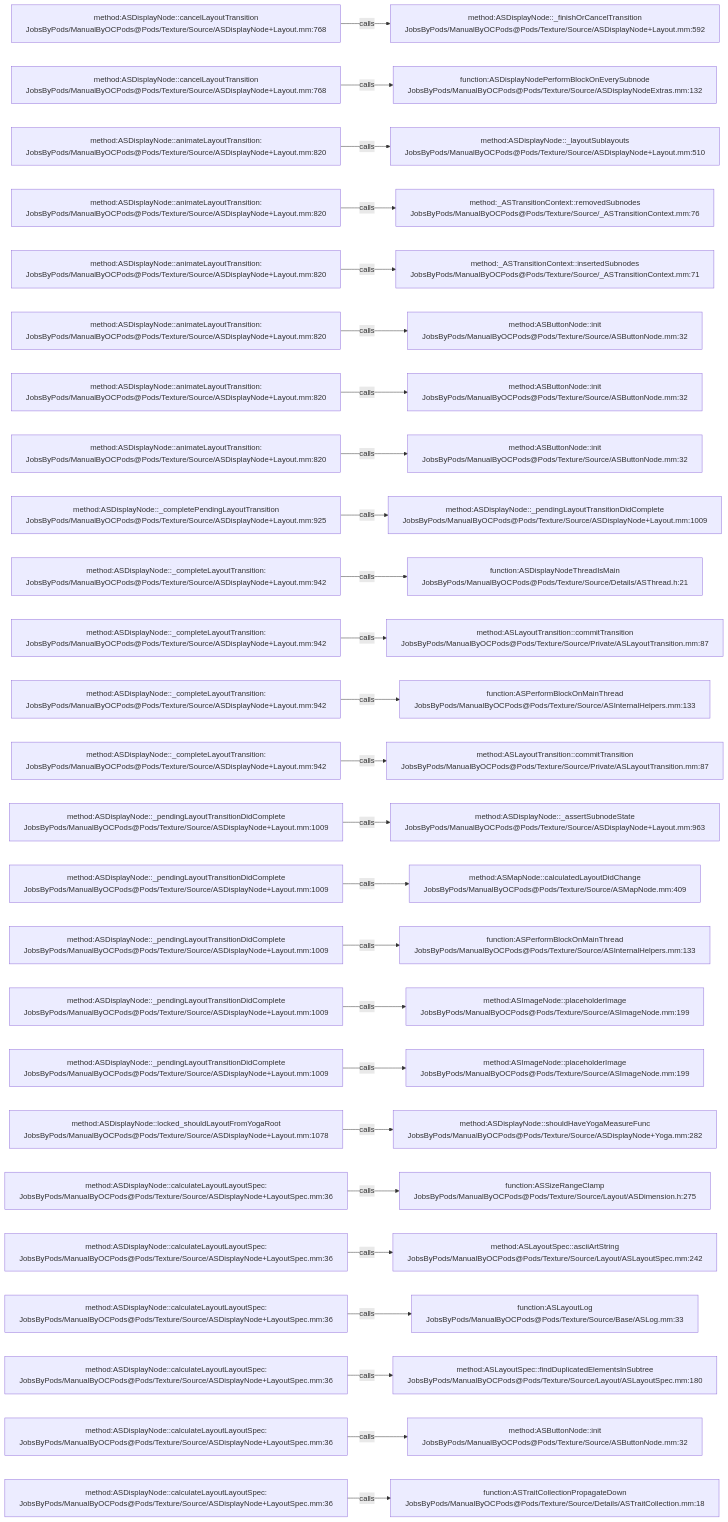
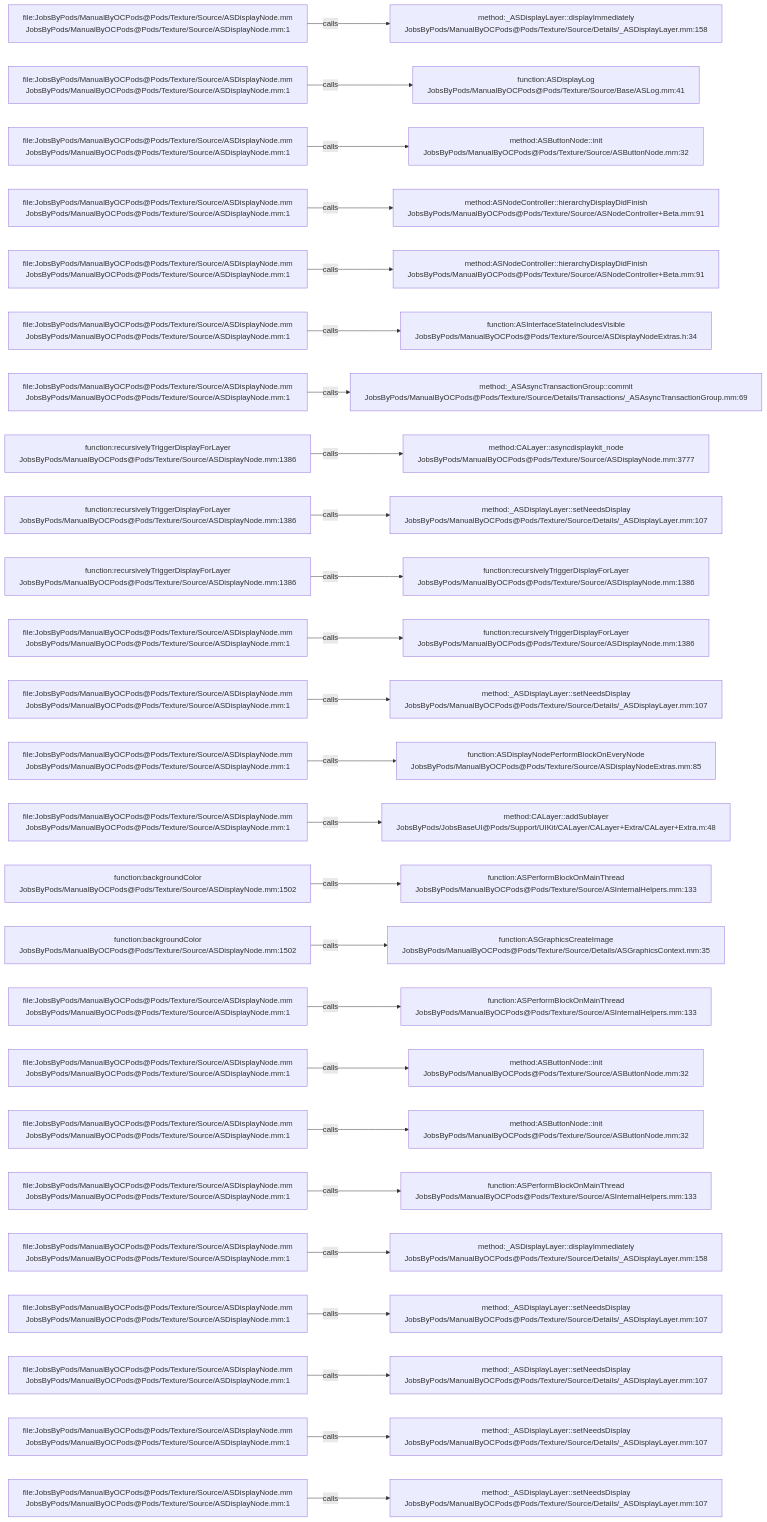
One commit to JobsKits/JobsOCBaseConfigDemo changed the diagram in .codegraph/codegraph.md/graphs/calls-101.md. Above: the diagram before and after it, drawn with Mermaid. The commit also changed 1223 other files, not shown here.

````diff
--- a/.codegraph/codegraph.md/graphs/calls-101.md
+++ b/.codegraph/codegraph.md/graphs/calls-101.md
@@ -13,78 +13,78 @@
 ```mermaid
 flowchart LR
-  S1["method:ASDisplayNode::cancelLayoutTransition<br/>JobsByPods/ManualByOCPods@Pods/Texture/Source/ASDisplayNode+Layout.mm:768"]
-  T1["method:ASDisplayNode::_finishOrCancelTransition<br/>JobsByPods/ManualByOCPods@Pods/Texture/Source/ASDisplayNode+Layout.mm:592"]
+  S1["file:JobsByPods/ManualByOCPods@Pods/Texture/Source/ASDisplayNode.mm<br/>JobsByPods/ManualByOCPods@Pods/Texture/Source/ASDisplayNode.mm:1"]
+  T1["method:_ASDisplayLayer::displayImmediately<br/>JobsByPods/ManualByOCPods@Pods/Texture/Source/Details/_ASDisplayLayer.mm:158"]
   S1 -->|calls| T1
-  S2["method:ASDisplayNode::cancelLayoutTransition<br/>JobsByPods/ManualByOCPods@Pods/Texture/Source/ASDisplayNode+Layout.mm:768"]
-  T2["function:ASDisplayNodePerformBlockOnEverySubnode<br/>JobsByPods/ManualByOCPods@Pods/Texture/Source/ASDisplayNodeExtras.mm:132"]
+  S2["file:JobsByPods/ManualByOCPods@Pods/Texture/Source/ASDisplayNode.mm<br/>JobsByPods/ManualByOCPods@Pods/Texture/Source/ASDisplayNode.mm:1"]
+  T2["function:ASDisplayLog<br/>JobsByPods/ManualByOCPods@Pods/Texture/Source/Base/ASLog.mm:41"]
   S2 -->|calls| T2
-  S3["method:ASDisplayNode::animateLayoutTransition:<br/>JobsByPods/ManualByOCPods@Pods/Texture/Source/ASDisplayNode+Layout.mm:820"]
-  T3["method:ASDisplayNode::_layoutSublayouts<br/>JobsByPods/ManualByOCPods@Pods/Texture/Source/ASDisplayNode+Layout.mm:510"]
+  S3["file:JobsByPods/ManualByOCPods@Pods/Texture/Source/ASDisplayNode.mm<br/>JobsByPods/ManualByOCPods@Pods/Texture/Source/ASDisplayNode.mm:1"]
+  T3["method:ASButtonNode::init<br/>JobsByPods/ManualByOCPods@Pods/Texture/Source/ASButtonNode.mm:32"]
   S3 -->|calls| T3
-  S4["method:ASDisplayNode::animateLayoutTransition:<br/>JobsByPods/ManualByOCPods@Pods/Texture/Source/ASDisplayNode+Layout.mm:820"]
-  T4["method:_ASTransitionContext::removedSubnodes<br/>JobsByPods/ManualByOCPods@Pods/Texture/Source/_ASTransitionContext.mm:76"]
+  S4["file:JobsByPods/ManualByOCPods@Pods/Texture/Source/ASDisplayNode.mm<br/>JobsByPods/ManualByOCPods@Pods/Texture/Source/ASDisplayNode.mm:1"]
+  T4["method:ASNodeController::hierarchyDisplayDidFinish<br/>JobsByPods/ManualByOCPods@Pods/Texture/Source/ASNodeController+Beta.mm:91"]
   S4 -->|calls| T4
-  S5["method:ASDisplayNode::animateLayoutTransition:<br/>JobsByPods/ManualByOCPods@Pods/Texture/Source/ASDisplayNode+Layout.mm:820"]
-  T5["method:_ASTransitionContext::insertedSubnodes<br/>JobsByPods/ManualByOCPods@Pods/Texture/Source/_ASTransitionContext.mm:71"]
+  S5["file:JobsByPods/ManualByOCPods@Pods/Texture/Source/ASDisplayNode.mm<br/>JobsByPods/ManualByOCPods@Pods/Texture/Source/ASDisplayNode.mm:1"]
+  T5["method:ASNodeController::hierarchyDisplayDidFinish<br/>JobsByPods/ManualByOCPods@Pods/Texture/Source/ASNodeController+Beta.mm:91"]
   S5 -->|calls| T5
-  S6["method:ASDisplayNode::animateLayoutTransition:<br/>JobsByPods/ManualByOCPods@Pods/Texture/Source/ASDisplayNode+Layout.mm:820"]
-  T6["method:ASButtonNode::init<br/>JobsByPods/ManualByOCPods@Pods/Texture/Source/ASButtonNode.mm:32"]
+  S6["file:JobsByPods/ManualByOCPods@Pods/Texture/Source/ASDisplayNode.mm<br/>JobsByPods/ManualByOCPods@Pods/Texture/Source/ASDisplayNode.mm:1"]
+  T6["function:ASInterfaceStateIncludesVisible<br/>JobsByPods/ManualByOCPods@Pods/Texture/Source/ASDisplayNodeExtras.h:34"]
   S6 -->|calls| T6
-  S7["method:ASDisplayNode::animateLayoutTransition:<br/>JobsByPods/ManualByOCPods@Pods/Texture/Source/ASDisplayNode+Layout.mm:820"]
-  T7["method:ASButtonNode::init<br/>JobsByPods/ManualByOCPods@Pods/Texture/Source/ASButtonNode.mm:32"]
+  S7["file:JobsByPods/ManualByOCPods@Pods/Texture/Source/ASDisplayNode.mm<br/>JobsByPods/ManualByOCPods@Pods/Texture/Source/ASDisplayNode.mm:1"]
+  T7["method:_ASAsyncTransactionGroup::commit<br/>JobsByPods/ManualByOCPods@Pods/Texture/Source/Details/Transactions/_ASAsyncTransactionGroup.mm:69"]
   S7 -->|calls| T7
-  S8["method:ASDisplayNode::animateLayoutTransition:<br/>JobsByPods/ManualByOCPods@Pods/Texture/Source/ASDisplayNode+Layout.mm:820"]
-  T8["method:ASButtonNode::init<br/>JobsByPods/ManualByOCPods@Pods/Texture/Source/ASButtonNode.mm:32"]
+  S8["function:recursivelyTriggerDisplayForLayer<br/>JobsByPods/ManualByOCPods@Pods/Texture/Source/ASDisplayNode.mm:1386"]
+  T8["method:CALayer::asyncdisplaykit_node<br/>JobsByPods/ManualByOCPods@Pods/Texture/Source/ASDisplayNode.mm:3777"]
   S8 -->|calls| T8
-  S9["method:ASDisplayNode::_completePendingLayoutTransition<br/>JobsByPods/ManualByOCPods@Pods/Texture/Source/ASDisplayNode+Layout.mm:925"]
-  T9["method:ASDisplayNode::_pendingLayoutTransitionDidComplete<br/>JobsByPods/ManualByOCPods@Pods/Texture/Source/ASDisplayNode+Layout.mm:1009"]
+  S9["function:recursivelyTriggerDisplayForLayer<br/>JobsByPods/ManualByOCPods@Pods/Texture/Source/ASDisplayNode.mm:1386"]
+  T9["method:_ASDisplayLayer::setNeedsDisplay<br/>JobsByPods/ManualByOCPods@Pods/Texture/Source/Details/_ASDisplayLayer.mm:107"]
   S9 -->|calls| T9
-  S10["method:ASDisplayNode::_completeLayoutTransition:<br/>JobsByPods/ManualByOCPods@Pods/Texture/Source/ASDisplayNode+Layout.mm:942"]
-  T10["function:ASDisplayNodeThreadIsMain<br/>JobsByPods/ManualByOCPods@Pods/Texture/Source/Details/ASThread.h:21"]
+  S10["function:recursivelyTriggerDisplayForLayer<br/>JobsByPods/ManualByOCPods@Pods/Texture/Source/ASDisplayNode.mm:1386"]
+  T10["function:recursivelyTriggerDisplayForLayer<br/>JobsByPods/ManualByOCPods@Pods/Texture/Source/ASDisplayNode.mm:1386"]
   S10 -->|calls| T10
-  S11["method:ASDisplayNode::_completeLayoutTransition:<br/>JobsByPods/ManualByOCPods@Pods/Texture/Source/ASDisplayNode+Layout.mm:942"]
-  T11["method:ASLayoutTransition::commitTransition<br/>JobsByPods/ManualByOCPods@Pods/Texture/Source/Private/ASLayoutTransition.mm:87"]
+  S11["file:JobsByPods/ManualByOCPods@Pods/Texture/Source/ASDisplayNode.mm<br/>JobsByPods/ManualByOCPods@Pods/Texture/Source/ASDisplayNode.mm:1"]
+  T11["function:recursivelyTriggerDisplayForLayer<br/>JobsByPods/ManualByOCPods@Pods/Texture/Source/ASDisplayNode.mm:1386"]
   S11 -->|calls| T11
-  S12["method:ASDisplayNode::_completeLayoutTransition:<br/>JobsByPods/ManualByOCPods@Pods/Texture/Source/ASDisplayNode+Layout.mm:942"]
-  T12["function:ASPerformBlockOnMainThread<br/>JobsByPods/ManualByOCPods@Pods/Texture/Source/ASInternalHelpers.mm:133"]
+  S12["file:JobsByPods/ManualByOCPods@Pods/Texture/Source/ASDisplayNode.mm<br/>JobsByPods/ManualByOCPods@Pods/Texture/Source/ASDisplayNode.mm:1"]
+  T12["method:_ASDisplayLayer::setNeedsDisplay<br/>JobsByPods/ManualByOCPods@Pods/Texture/Source/Details/_ASDisplayLayer.mm:107"]
   S12 -->|calls| T12
-  S13["method:ASDisplayNode::_completeLayoutTransition:<br/>JobsByPods/ManualByOCPods@Pods/Texture/Source/ASDisplayNode+Layout.mm:942"]
-  T13["method:ASLayoutTransition::commitTransition<br/>JobsByPods/ManualByOCPods@Pods/Texture/Source/Private/ASLayoutTransition.mm:87"]
+  S13["file:JobsByPods/ManualByOCPods@Pods/Texture/Source/ASDisplayNode.mm<br/>JobsByPods/ManualByOCPods@Pods/Texture/Source/ASDisplayNode.mm:1"]
+  T13["function:ASDisplayNodePerformBlockOnEveryNode<br/>JobsByPods/ManualByOCPods@Pods/Texture/Source/ASDisplayNodeExtras.mm:85"]
   S13 -->|calls| T13
-  S14["method:ASDisplayNode::_pendingLayoutTransitionDidComplete<br/>JobsByPods/ManualByOCPods@Pods/Texture/Source/ASDisplayNode+Layout.mm:1009"]
-  T14["method:ASDisplayNode::_assertSubnodeState<br/>JobsByPods/ManualByOCPods@Pods/Texture/Source/ASDisplayNode+Layout.mm:963"]
+  S14["file:JobsByPods/ManualByOCPods@Pods/Texture/Source/ASDisplayNode.mm<br/>JobsByPods/ManualByOCPods@Pods/Texture/Source/ASDisplayNode.mm:1"]
+  T14["method:CALayer::addSublayer<br/>JobsByPods/JobsBaseUI@Pods/Support/UIKit/CALayer/CALayer+Extra/CALayer+Extra.m:48"]
   S14 -->|calls| T14
-  S15["method:ASDisplayNode::_pendingLayoutTransitionDidComplete<br/>JobsByPods/ManualByOCPods@Pods/Texture/Source/ASDisplayNode+Layout.mm:1009"]
-  T15["method:ASMapNode::calculatedLayoutDidChange<br/>JobsByPods/ManualByOCPods@Pods/Texture/Source/ASMapNode.mm:409"]
+  S15["function:backgroundColor<br/>JobsByPods/ManualByOCPods@Pods/Texture/Source/ASDisplayNode.mm:1502"]
+  T15["function:ASPerformBlockOnMainThread<br/>JobsByPods/ManualByOCPods@Pods/Texture/Source/ASInternalHelpers.mm:133"]
   S15 -->|calls| T15
-  S16["method:ASDisplayNode::_pendingLayoutTransitionDidComplete<br/>JobsByPods/ManualByOCPods@Pods/Texture/Source/ASDisplayNode+Layout.mm:1009"]
-  T16["function:ASPerformBlockOnMainThread<br/>JobsByPods/ManualByOCPods@Pods/Texture/Source/ASInternalHelpers.mm:133"]
+  S16["function:backgroundColor<br/>JobsByPods/ManualByOCPods@Pods/Texture/Source/ASDisplayNode.mm:1502"]
+  T16["function:ASGraphicsCreateImage<br/>JobsByPods/ManualByOCPods@Pods/Texture/Source/Details/ASGraphicsContext.mm:35"]
   S16 -->|calls| T16
-  S17["method:ASDisplayNode::_pendingLayoutTransitionDidComplete<br/>JobsByPods/ManualByOCPods@Pods/Texture/Source/ASDisplayNode+Layout.mm:1009"]
-  T17["method:ASImageNode::placeholderImage<br/>JobsByPods/ManualByOCPods@Pods/Texture/Source/ASImageNode.mm:199"]
+  S17["file:JobsByPods/ManualByOCPods@Pods/Texture/Source/ASDisplayNode.mm<br/>JobsByPods/ManualByOCPods@Pods/Texture/Source/ASDisplayNode.mm:1"]
+  T17["function:ASPerformBlockOnMainThread<br/>JobsByPods/ManualByOCPods@Pods/Texture/Source/ASInternalHelpers.mm:133"]
   S17 -->|calls| T17
-  S18["method:ASDisplayNode::_pendingLayoutTransitionDidComplete<br/>JobsByPods/ManualByOCPods@Pods/Texture/Source/ASDisplayNode+Layout.mm:1009"]
-  T18["method:ASImageNode::placeholderImage<br/>JobsByPods/ManualByOCPods@Pods/Texture/Source/ASImageNode.mm:199"]
+  S18["file:JobsByPods/ManualByOCPods@Pods/Texture/Source/ASDisplayNode.mm<br/>JobsByPods/ManualByOCPods@Pods/Texture/Source/ASDisplayNode.mm:1"]
+  T18["method:ASButtonNode::init<br/>JobsByPods/ManualByOCPods@Pods/Texture/Source/ASButtonNode.mm:32"]
   S18 -->|calls| T18
-  S19["method:ASDisplayNode::locked_shouldLayoutFromYogaRoot<br/>JobsByPods/ManualByOCPods@Pods/Texture/Source/ASDisplayNode+Layout.mm:1078"]
-  T19["method:ASDisplayNode::shouldHaveYogaMeasureFunc<br/>JobsByPods/ManualByOCPods@Pods/Texture/Source/ASDisplayNode+Yoga.mm:282"]
+  S19["file:JobsByPods/ManualByOCPods@Pods/Texture/Source/ASDisplayNode.mm<br/>JobsByPods/ManualByOCPods@Pods/Texture/Source/ASDisplayNode.mm:1"]
+  T19["method:ASButtonNode::init<br/>JobsByPods/ManualByOCPods@Pods/Texture/Source/ASButtonNode.mm:32"]
   S19 -->|calls| T19
-  S20["method:ASDisplayNode::calculateLayoutLayoutSpec:<br/>JobsByPods/ManualByOCPods@Pods/Texture/Source/ASDisplayNode+LayoutSpec.mm:36"]
-  T20["function:ASSizeRangeClamp<br/>JobsByPods/ManualByOCPods@Pods/Texture/Source/Layout/ASDimension.h:275"]
+  S20["file:JobsByPods/ManualByOCPods@Pods/Texture/Source/ASDisplayNode.mm<br/>JobsByPods/ManualByOCPods@Pods/Texture/Source/ASDisplayNode.mm:1"]
+  T20["function:ASPerformBlockOnMainThread<br/>JobsByPods/ManualByOCPods@Pods/Texture/Source/ASInternalHelpers.mm:133"]
   S20 -->|calls| T20
-  S21["method:ASDisplayNode::calculateLayoutLayoutSpec:<br/>JobsByPods/ManualByOCPods@Pods/Texture/Source/ASDisplayNode+LayoutSpec.mm:36"]
-  T21["method:ASLayoutSpec::asciiArtString<br/>JobsByPods/ManualByOCPods@Pods/Texture/Source/Layout/ASLayoutSpec.mm:242"]
+  S21["file:JobsByPods/ManualByOCPods@Pods/Texture/Source/ASDisplayNode.mm<br/>JobsByPods/ManualByOCPods@Pods/Texture/Source/ASDisplayNode.mm:1"]
+  T21["method:_ASDisplayLayer::displayImmediately<br/>JobsByPods/ManualByOCPods@Pods/Texture/Source/Details/_ASDisplayLayer.mm:158"]
   S21 -->|calls| T21
-  S22["method:ASDisplayNode::calculateLayoutLayoutSpec:<br/>JobsByPods/ManualByOCPods@Pods/Texture/Source/ASDisplayNode+LayoutSpec.mm:36"]
-  T22["function:ASLayoutLog<br/>JobsByPods/ManualByOCPods@Pods/Texture/Source/Base/ASLog.mm:33"]
+  S22["file:JobsByPods/ManualByOCPods@Pods/Texture/Source/ASDisplayNode.mm<br/>JobsByPods/ManualByOCPods@Pods/Texture/Source/ASDisplayNode.mm:1"]
+  T22["method:_ASDisplayLayer::setNeedsDisplay<br/>JobsByPods/ManualByOCPods@Pods/Texture/Source/Details/_ASDisplayLayer.mm:107"]
   S22 -->|calls| T22
-  S23["method:ASDisplayNode::calculateLayoutLayoutSpec:<br/>JobsByPods/ManualByOCPods@Pods/Texture/Source/ASDisplayNode+LayoutSpec.mm:36"]
-  T23["method:ASLayoutSpec::findDuplicatedElementsInSubtree<br/>JobsByPods/ManualByOCPods@Pods/Texture/Source/Layout/ASLayoutSpec.mm:180"]
+  S23["file:JobsByPods/ManualByOCPods@Pods/Texture/Source/ASDisplayNode.mm<br/>JobsByPods/ManualByOCPods@Pods/Texture/Source/ASDisplayNode.mm:1"]
+  T23["method:_ASDisplayLayer::setNeedsDisplay<br/>JobsByPods/ManualByOCPods@Pods/Texture/Source/Details/_ASDisplayLayer.mm:107"]
   S23 -->|calls| T23
-  S24["method:ASDisplayNode::calculateLayoutLayoutSpec:<br/>JobsByPods/ManualByOCPods@Pods/Texture/Source/ASDisplayNode+LayoutSpec.mm:36"]
-  T24["method:ASButtonNode::init<br/>JobsByPods/ManualByOCPods@Pods/Texture/Source/ASButtonNode.mm:32"]
+  S24["file:JobsByPods/ManualByOCPods@Pods/Texture/Source/ASDisplayNode.mm<br/>JobsByPods/ManualByOCPods@Pods/Texture/Source/ASDisplayNode.mm:1"]
+  T24["method:_ASDisplayLayer::setNeedsDisplay<br/>JobsByPods/ManualByOCPods@Pods/Texture/Source/Details/_ASDisplayLayer.mm:107"]
   S24 -->|calls| T24
-  S25["method:ASDisplayNode::calculateLayoutLayoutSpec:<br/>JobsByPods/ManualByOCPods@Pods/Texture/Source/ASDisplayNode+LayoutSpec.mm:36"]
-  T25["function:ASTraitCollectionPropagateDown<br/>JobsByPods/ManualByOCPods@Pods/Texture/Source/Details/ASTraitCollection.mm:18"]
+  S25["file:JobsByPods/ManualByOCPods@Pods/Texture/Source/ASDisplayNode.mm<br/>JobsByPods/ManualByOCPods@Pods/Texture/Source/ASDisplayNode.mm:1"]
+  T25["method:_ASDisplayLayer::setNeedsDisplay<br/>JobsByPods/ManualByOCPods@Pods/Texture/Source/Details/_ASDisplayLayer.mm:107"]
   S25 -->|calls| T25
 ```
````
